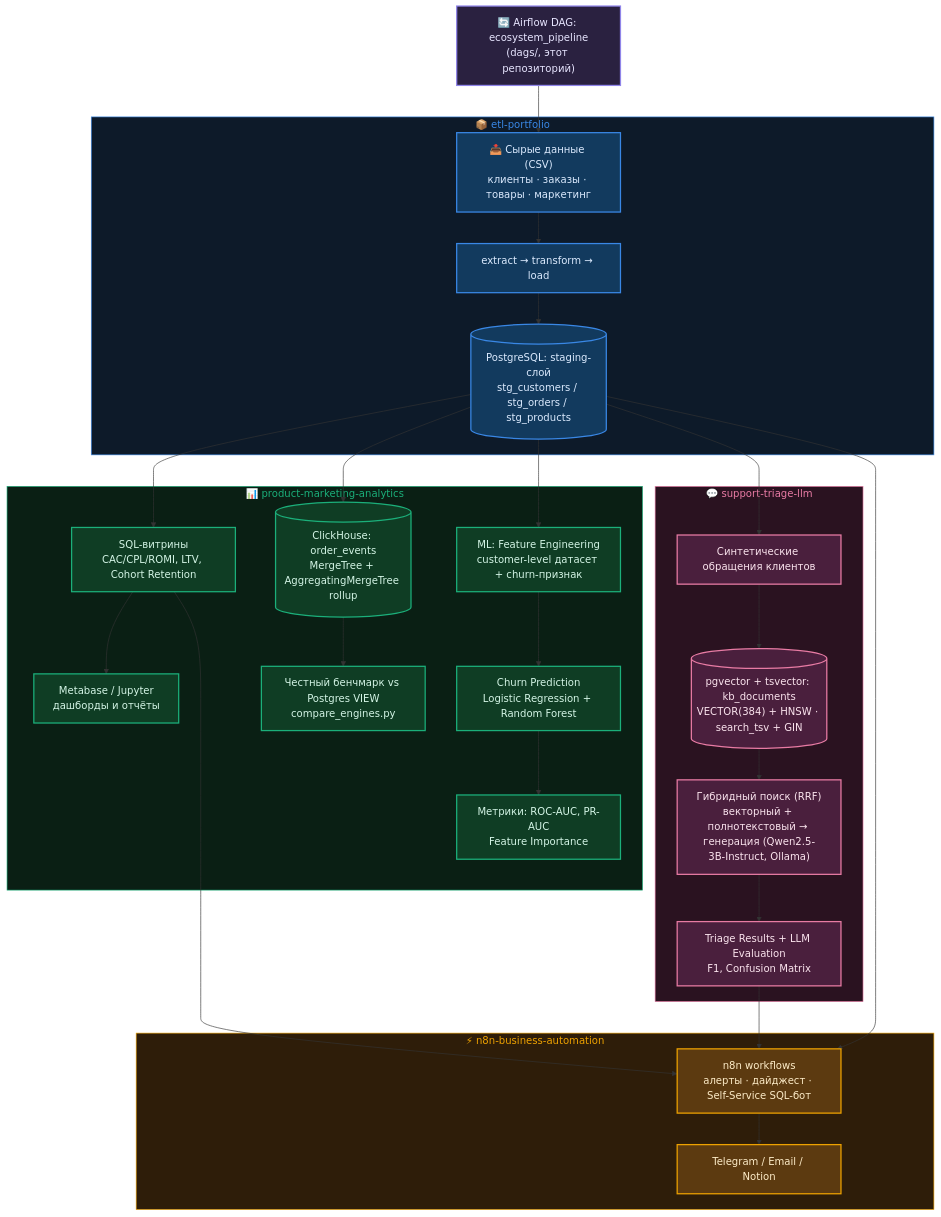
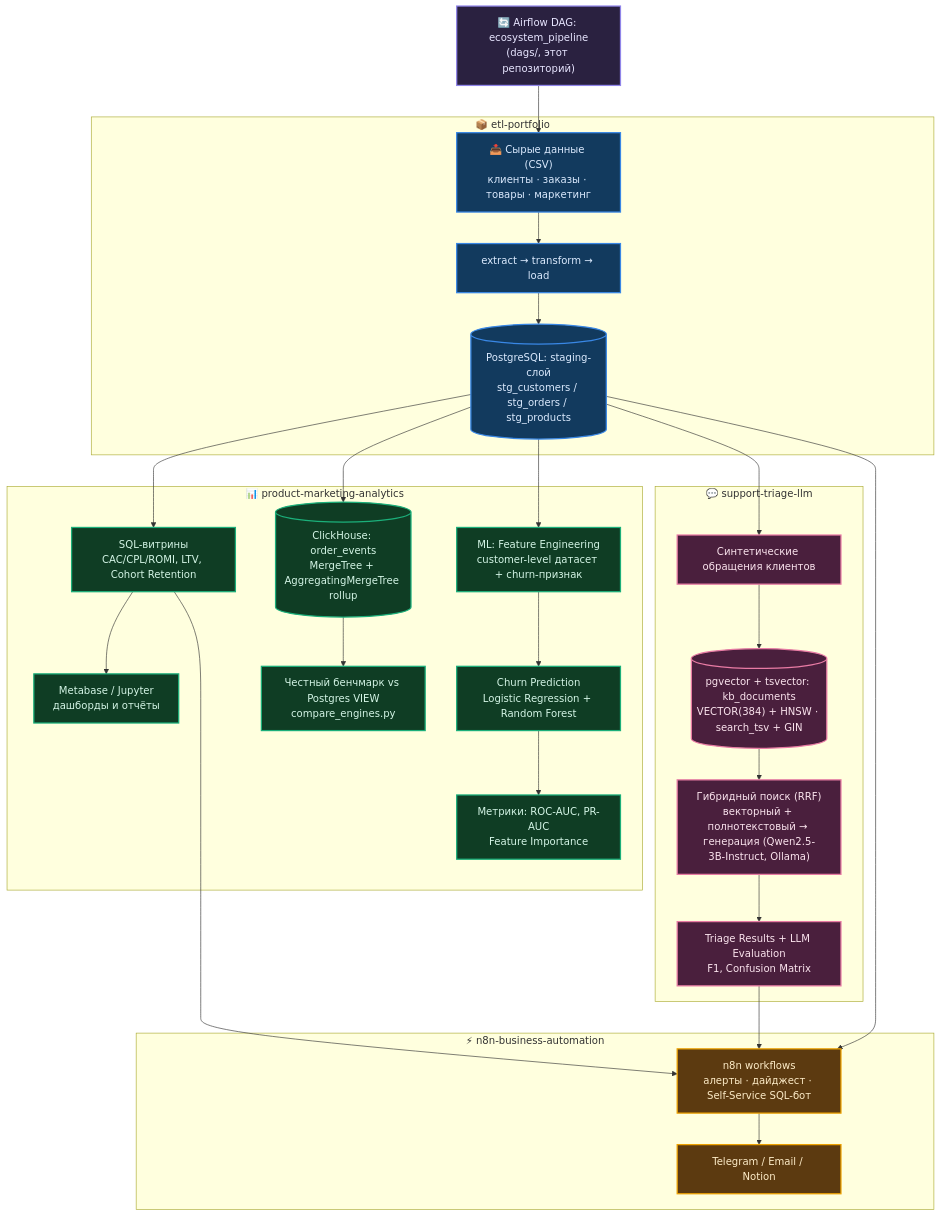
One commit to exist-ty/Nikolay-Kolesnikov-Data-Engineering-Applied-ML-LLM-Portfolio-Hub changed the diagram in docs/architecture.md. Above: the diagram before and after it, drawn with Mermaid. The commit also changed 1 other file, not shown here.

Commit message:
Remove subgraph background fills from architecture diagram
The tinted background rectangles per subgraph were visually heavy and made
the n8n box's node positioning (off-center due to dagre routing edges
converging from etl/analytics/llm at different x-positions) more obvious.
Keeping only the per-node classDef coloring (borders/fills on the boxes
themselves) reads cleaner.

````diff
--- a/docs/architecture.md
+++ b/docs/architecture.md
@@ -3,44 +3,39 @@
 ```mermaid
 graph TD
     Z["🔄 Airflow DAG: ecosystem_pipeline<br/>(dags/, этот репозиторий)"]:::orchestration --> A["📥 Сырые данные (CSV)<br/>клиенты · заказы · товары · маркетинг"]:::etl
 
     subgraph ETL["📦 etl-portfolio"]
         A --> B["extract → transform → load"]:::etl
         B --> C[("PostgreSQL: staging-слой<br/>stg_customers / stg_orders / stg_products")]:::etl
     end
 
     subgraph ANALYTICS["📊 product-marketing-analytics"]
         C --> D["SQL-витрины<br/>CAC/CPL/ROMI, LTV, Cohort Retention"]:::analytics
         D --> G["Metabase / Jupyter<br/>дашборды и отчёты"]:::analytics
         C --> M[("ClickHouse: order_events<br/>MergeTree + AggregatingMergeTree rollup")]:::analytics
         M --> N["Честный бенчмарк vs Postgres VIEW<br/>compare_engines.py"]:::analytics
         C --> E["ML: Feature Engineering<br/>customer-level датасет + churn-признак"]:::analytics
         E --> H["Churn Prediction<br/>Logistic Regression + Random Forest"]:::analytics
         H --> I["Метрики: ROC-AUC, PR-AUC<br/>Feature Importance"]:::analytics
     end
 
     subgraph LLM["💬 support-triage-llm"]
         C --> F["Синтетические обращения клиентов"]:::llm
         F --> J[("pgvector + tsvector: kb_documents<br/>VECTOR(384) + HNSW · search_tsv + GIN")]:::llm
         J --> K["Гибридный поиск (RRF)<br/>векторный + полнотекстовый → генерация (Qwen2.5-3B-Instruct, Ollama)"]:::llm
         K --> L["Triage Results + LLM Evaluation<br/>F1, Confusion Matrix"]:::llm
     end
 
     subgraph N8N["⚡ n8n-business-automation"]
         C --> O["n8n workflows<br/>алерты · дайджест · Self-Service SQL-бот"]:::n8n
         D --> O
         L --> O
         O --> P["Telegram / Email / Notion"]:::n8n
     end
 
     classDef orchestration fill:#2a2140,stroke:#9085e9,color:#e8e6ff,stroke-width:2px
     classDef etl fill:#123a5e,stroke:#3987e5,color:#dbeafe,stroke-width:2px
     classDef analytics fill:#0f3d24,stroke:#1baf7a,color:#d4f5e6,stroke-width:2px
     classDef llm fill:#4a1f3d,stroke:#e87ba4,color:#fbe4ee,stroke-width:2px
     classDef n8n fill:#5c3a10,stroke:#eda100,color:#fdecc8,stroke-width:2px
-
-    style ETL fill:#0d1a29,stroke:#3987e5,stroke-width:1px,color:#3987e5
-    style ANALYTICS fill:#0a1f14,stroke:#1baf7a,stroke-width:1px,color:#1baf7a
-    style LLM fill:#2a1220,stroke:#e87ba4,stroke-width:1px,color:#e87ba4
-    style N8N fill:#2e1d09,stroke:#eda100,stroke-width:1px,color:#eda100
 ```
````
